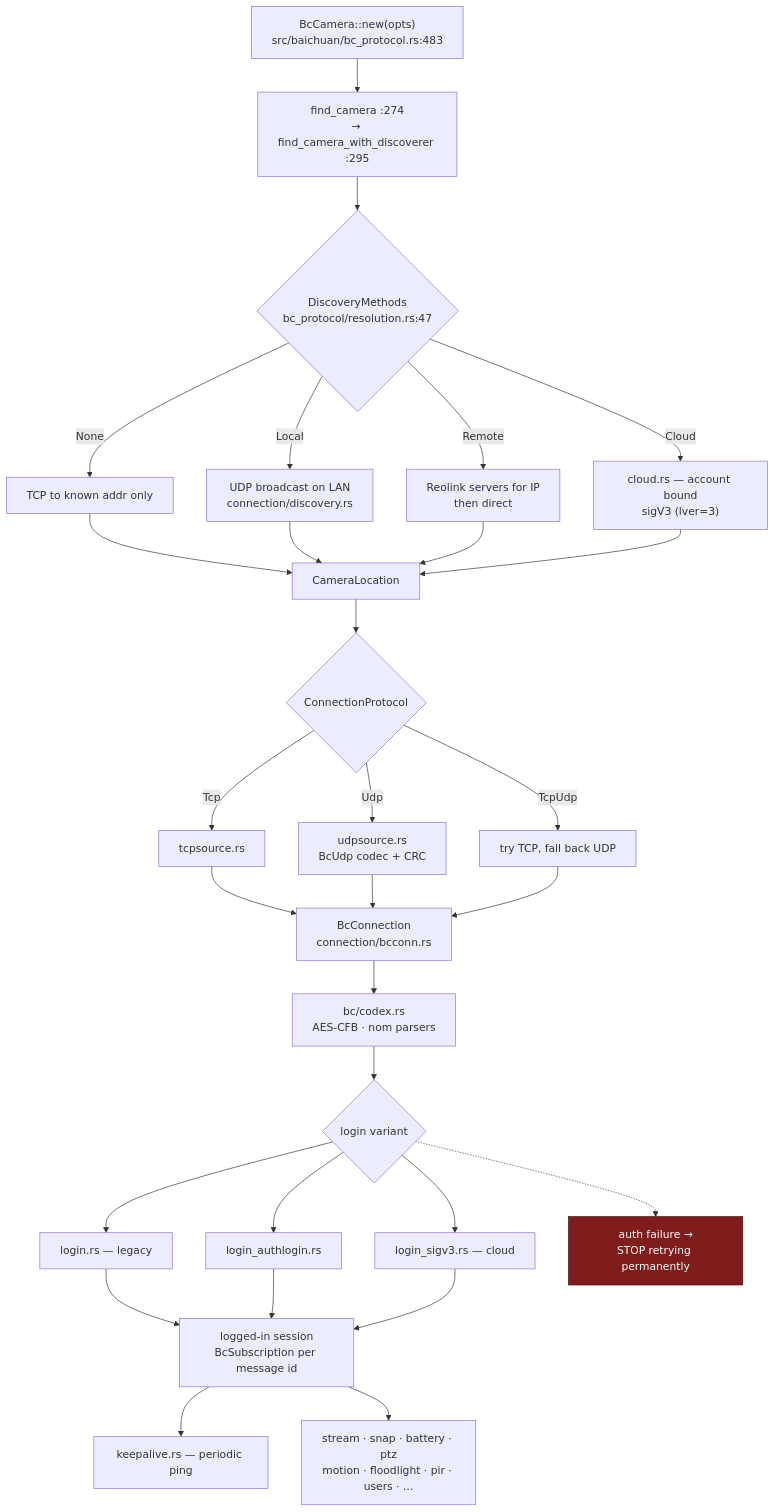
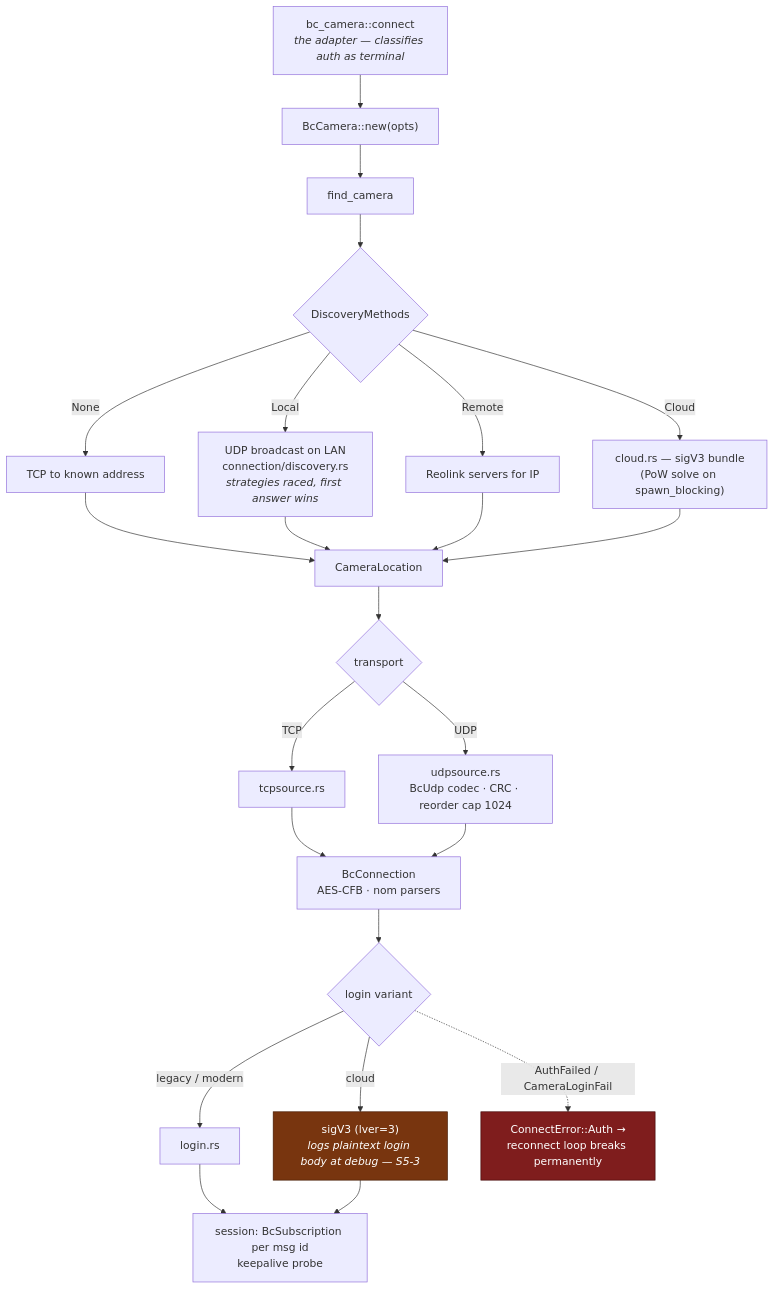
One commit to hsoj/bairelay changed the tenth of 14 diagrams in docs/code-paths.md. Above: the diagram before and after it, drawn with Mermaid. The commit also changed other lines of this file and 7 other files, not shown here.

````diff
--- a/docs/code-paths.md
+++ b/docs/code-paths.md
@@ -476,42 +374,35 @@
 ```mermaid
 flowchart TD
-    NEW["BcCamera::new(opts)<br/>src/baichuan/bc_protocol.rs:483"]
-    NEW --> FIND["find_camera :274<br/>→ find_camera_with_discoverer :295"]
+    CONNECT["bc_camera::connect<br/><i>the adapter — classifies auth as terminal</i>"] --> NEW["BcCamera::new(opts)"]
+    NEW --> FIND["find_camera"]
 
-    FIND --> DM{"DiscoveryMethods<br/>bc_protocol/resolution.rs:47"}
-    DM -->|None| TCPONLY["TCP to known addr only"]
-    DM -->|Local| BCAST["UDP broadcast on LAN<br/>connection/discovery.rs"]
-    DM -->|Remote| REOL["Reolink servers for IP<br/>then direct"]
-    DM -->|Cloud| CLOUD["cloud.rs — account bound<br/>sigV3 (lver=3)"]
+    FIND --> DM{"DiscoveryMethods"}
+    DM -->|"None"| TCPONLY["TCP to known address"]
+    DM -->|"Local"| BCAST["UDP broadcast on LAN<br/>connection/discovery.rs<br/><i>strategies raced, first answer wins</i>"]
+    DM -->|"Remote"| REOL["Reolink servers for IP"]
+    DM -->|"Cloud"| CLOUD["cloud.rs — sigV3 bundle<br/>(PoW solve on spawn_blocking)"]
 
     TCPONLY --> LOC["CameraLocation"]
     BCAST --> LOC
     REOL --> LOC
     CLOUD --> LOC
 
-    LOC --> CONN{"ConnectionProtocol"}
-    CONN -->|Tcp| TS["tcpsource.rs"]
-    CONN -->|Udp| US["udpsource.rs<br/>BcUdp codec + CRC"]
-    CONN -->|TcpUdp| BOTH["try TCP, fall back UDP"]
+    LOC --> SRC{"transport"}
+    SRC -->|"TCP"| TS["tcpsource.rs"]
+    SRC -->|"UDP"| US["udpsource.rs<br/>BcUdp codec · CRC · reorder cap 1024"]
+    TS --> BCONN["BcConnection<br/>AES-CFB · nom parsers"]
+    US --> BCONN
 
-    TS --> BCONN["BcConnection<br/>connection/bcconn.rs"]
-    US --> BCONN
-    BOTH --> BCONN
-
-    BCONN --> CODEX["bc/codex.rs<br/>AES-CFB · nom parsers"]
-    CODEX --> LOGIN{"login variant"}
-    LOGIN --> L1["login.rs — legacy"]
-    LOGIN --> L2["login_authlogin.rs"]
-    LOGIN --> L3["login_sigv3.rs — cloud"]
-
-    L1 --> SESS["logged-in session<br/>BcSubscription per message id"]
-    L2 --> SESS
+    BCONN --> LOGIN{"login variant"}
+    LOGIN -->|"legacy / modern"| L1["login.rs"]
+    LOGIN -->|"cloud"| L3["sigV3 (lver=3)<br/><i>logs plaintext login body at debug — S5-3</i>"]
+    L1 --> SESS["session: BcSubscription per msg id<br/>keepalive probe"]
     L3 --> SESS
 
-    SESS --> KA["keepalive.rs — periodic ping"]
-    SESS --> OPS["stream · snap · battery · ptz<br/>motion · floodlight · pir · users · …"]
+    LOGIN -.->|"AuthFailed / CameraLoginFail"| TERM["ConnectError::Auth →<br/>reconnect loop breaks permanently"]
 
     classDef fail fill:#7f1d1d,stroke:#450a0a,color:#fff
-    AUTHFAIL["auth failure →<br/>STOP retrying permanently"]:::fail
-    LOGIN -.-> AUTHFAIL
+    classDef warn fill:#78350f,stroke:#451a03,color:#fff
+    class TERM fail
+    class L3 warn
 ```
````
